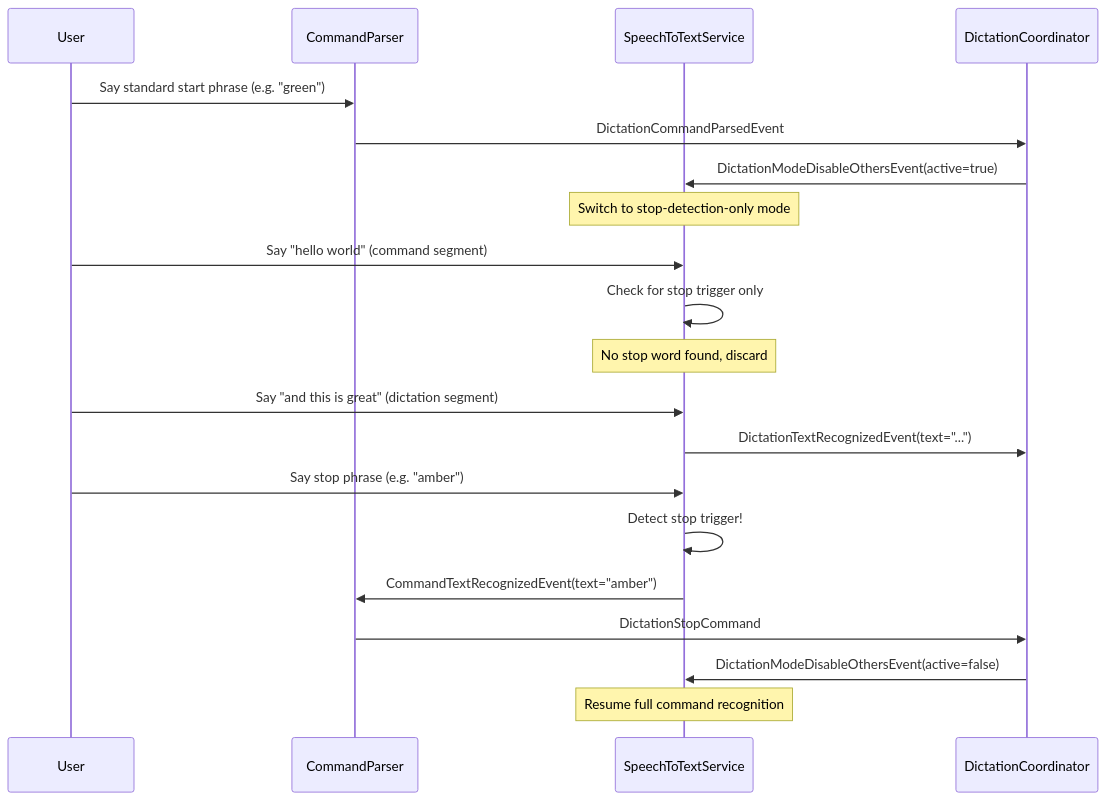
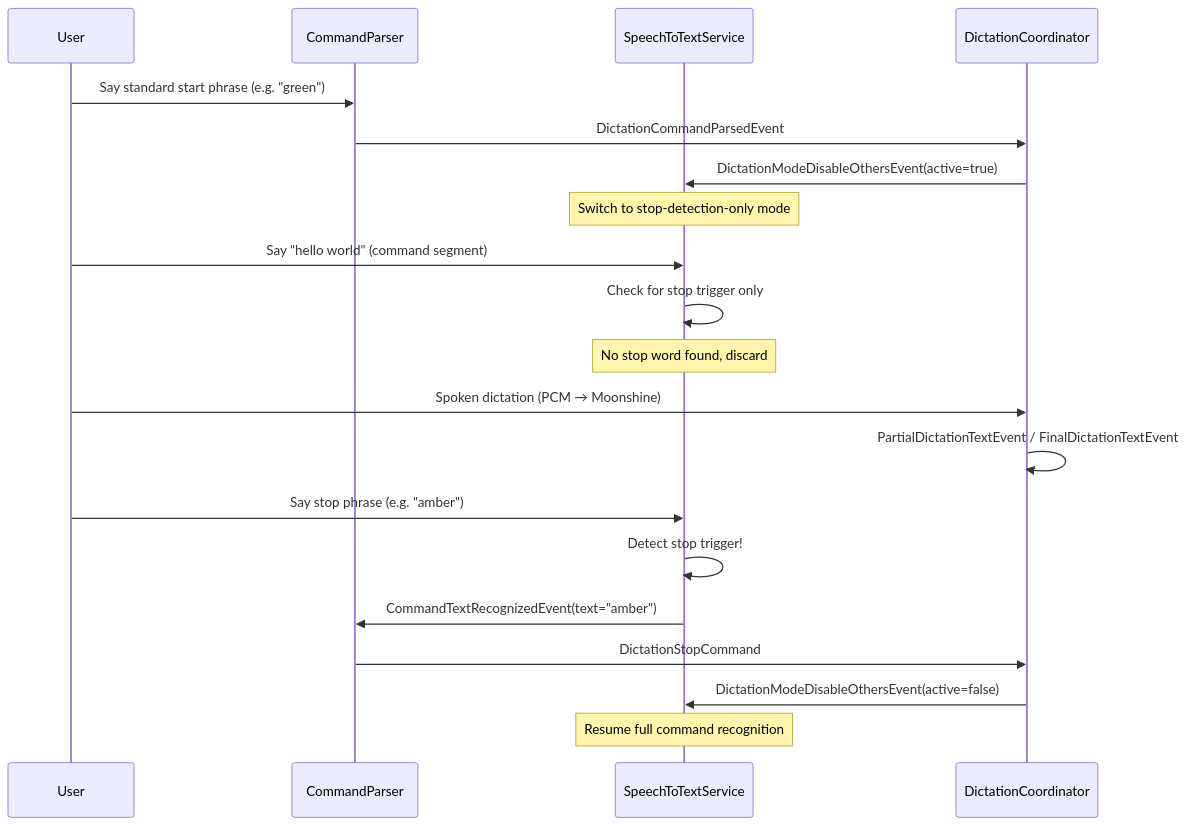
The second of 4 diagrams in docs/developer/speech_and_sound_recognition.rst (rick12000/vocalance), drawn with Mermaid before and after one commit. The commit also changed other lines of this file and 34 other files, not shown here.

```diff
--- a/docs/developer/speech_and_sound_recognition.rst
+++ b/docs/developer/speech_and_sound_recognition.rst
@@ -75,26 +72,26 @@
 .. mermaid::
 
    sequenceDiagram
        participant U as User
        participant Parser as CommandParser
        participant STT as SpeechToTextService
        participant Coord as DictationCoordinator
 
        U->>Parser: Say standard start phrase (e.g. "green")
        Parser->>Coord: DictationCommandParsedEvent
        Coord->>STT: DictationModeDisableOthersEvent(active=true)
        Note over STT: Switch to stop-detection-only mode
 
        U->>STT: Say "hello world" (command segment)
        STT->>STT: Check for stop trigger only
        Note over STT: No stop word found, discard
 
-       U->>STT: Say "and this is great" (dictation segment)
-       STT->>Coord: DictationTextRecognizedEvent(text="...")
+       U->>Coord: Spoken dictation (PCM → Moonshine)
+       Coord->>Coord: PartialDictationTextEvent / FinalDictationTextEvent
 
        U->>STT: Say stop phrase (e.g. "amber")
        STT->>STT: Detect stop trigger!
        STT->>Parser: CommandTextRecognizedEvent(text="amber")
        Parser->>Coord: DictationStopCommand
        Coord->>STT: DictationModeDisableOthersEvent(active=false)
        Note over STT: Resume full command recognition
```
